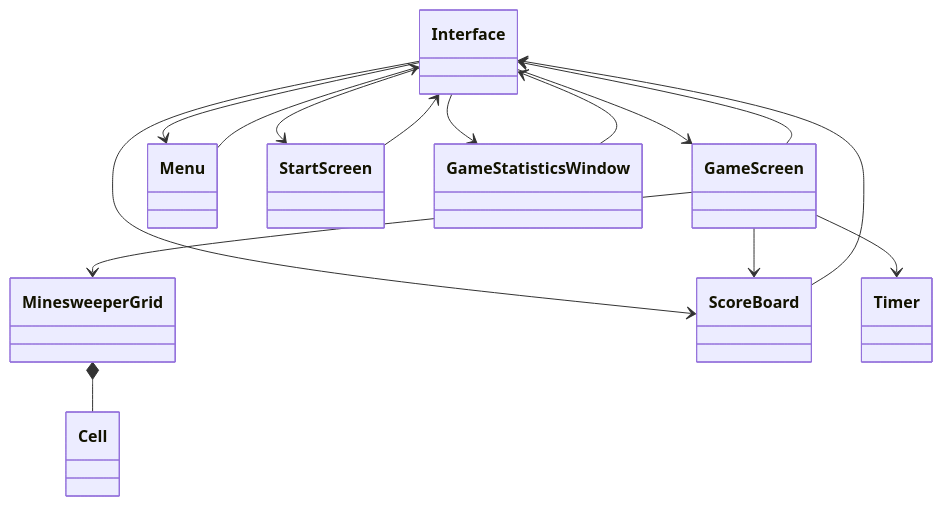
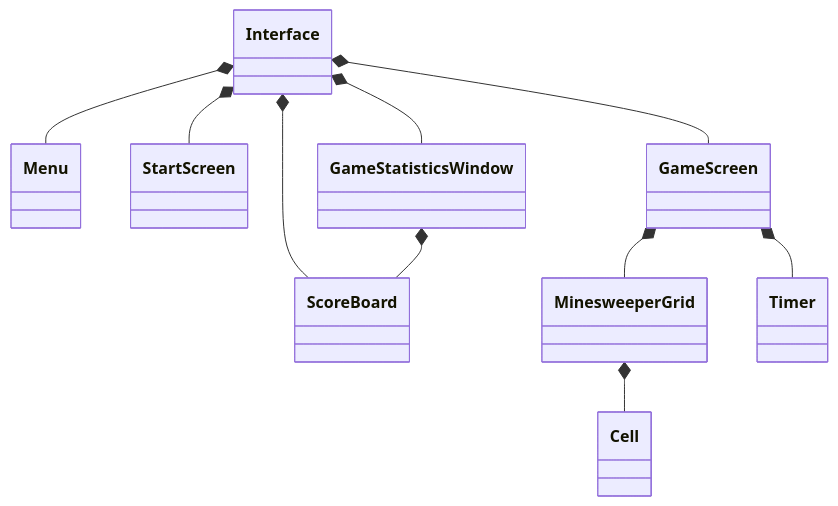
The diagram in docs/class_diagrams/ClassDiagram_Overall.md (yu8ikmnbgt6y/chatgpt_minesweeper), drawn with Mermaid before and after one commit. The commit also changed 3 other files, not shown here.

Commit message:
update prompts, class diagram

````diff
--- a/docs/class_diagrams/ClassDiagram_Overall.md
+++ b/docs/class_diagrams/ClassDiagram_Overall.md
@@ -1,30 +1,25 @@
 ```mermaid
 classDiagram
-    class Cell
-    class Interface
-    class MinesweeperGrid
-    class ScoreBoard
-    class GameScreen
-    class Menu
-    class StartScreen
-    class Timer
-    class GameStatisticsWindow
+    Cell
+    Interface
+    MinesweeperGrid
+    ScoreBoard
+    GameScreen
+    Menu
+    StartScreen
+    Timer
+    GameStatisticsWindow
 
-    Interface --> StartScreen
-    Interface --> GameScreen
-    Interface --> Menu
-    Interface --> GameStatisticsWindow
-    Interface --> ScoreBoard
-    
-    StartScreen --> Interface
-    GameScreen --> Interface
-    Menu --> Interface
-    GameStatisticsWindow --> Interface
-    ScoreBoard --> Interface
-    
-    GameScreen --> MinesweeperGrid
-    GameScreen --> Timer
-    GameScreen --> ScoreBoard
-    
+    Interface *-- Menu
+    Interface *-- StartScreen
+    Interface *-- GameScreen
+    Interface *-- GameStatisticsWindow
+    Interface *-- ScoreBoard
+
+    GameScreen *-- MinesweeperGrid
+    GameScreen *-- Timer
+
     MinesweeperGrid *-- Cell
+
+    GameStatisticsWindow *-- ScoreBoard
 ```
````
